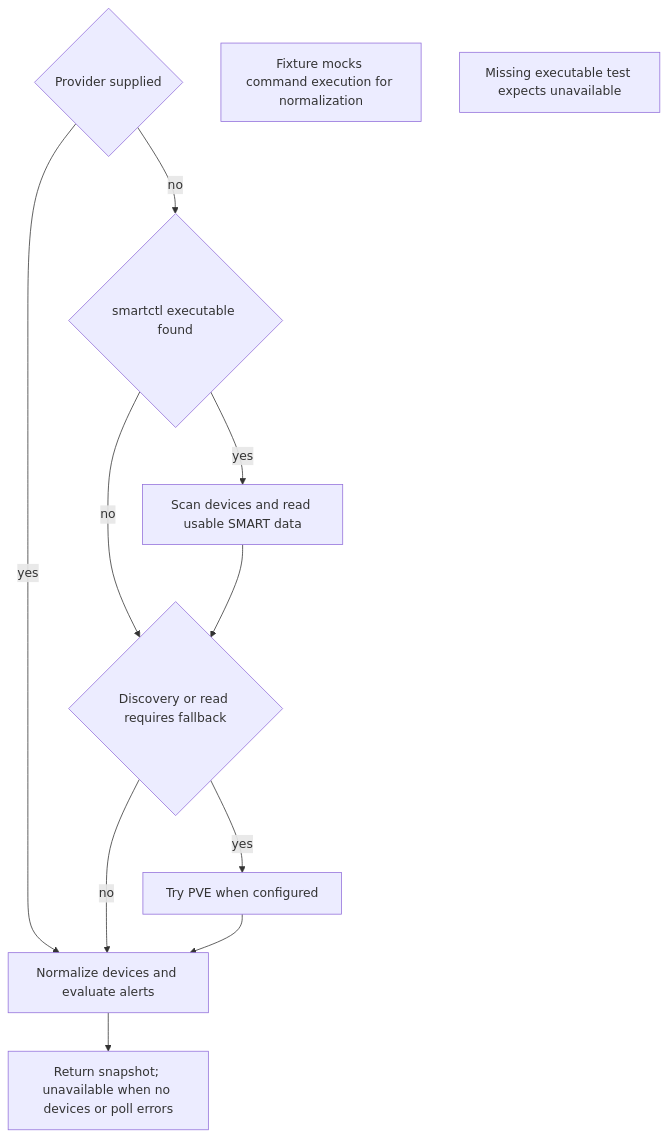
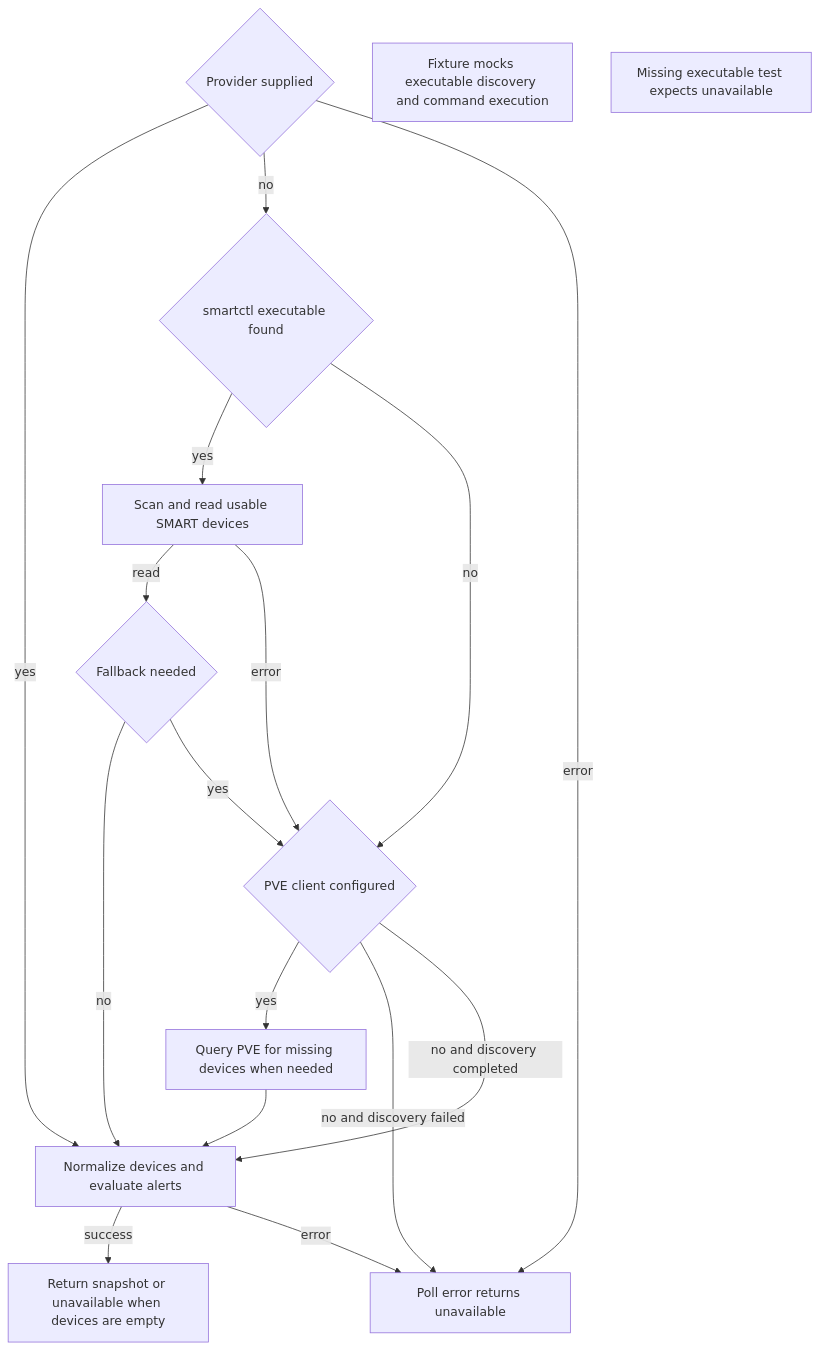
One commit to KarlSideProjects/hwmonitor-mqtt changed the diagram in docs/flows/sender.smart-discovery.mmd. Above: the diagram before and after it, drawn with Mermaid. The commit also changed 1 other file, not shown here.

Commit message:
docs: clarify SMART discovery fallback paths

```diff
--- a/docs/flows/sender.smart-discovery.mmd
+++ b/docs/flows/sender.smart-discovery.mmd
@@ -1,19 +1,27 @@
 flowchart TD
     A{"Provider supplied"}
     B{"smartctl executable found"}
-    C["Scan devices and read usable SMART data"]
-    D{"Discovery or read requires fallback"}
-    E["Try PVE when configured"]
-    F["Normalize devices and evaluate alerts"]
-    G["Return snapshot; unavailable when no devices or poll errors"]
-    H["Fixture mocks command execution for normalization"]
-    I["Missing executable test expects unavailable"]
-    A -->|yes| F
+    C["Scan and read usable SMART devices"]
+    D{"Fallback needed"}
+    E{"PVE client configured"}
+    F["Query PVE for missing devices when needed"]
+    G["Normalize devices and evaluate alerts"]
+    H["Return snapshot or unavailable when devices are empty"]
+    I["Poll error returns unavailable"]
+    J["Fixture mocks executable discovery and command execution"]
+    K["Missing executable test expects unavailable"]
+    A -->|yes| G
     A -->|no| B
+    A -->|error| I
     B -->|yes| C
-    B -->|no| D
-    C --> D
+    B -->|no| E
+    C -->|read| D
+    C -->|error| E
+    D -->|no| G
     D -->|yes| E
-    D -->|no| F
-    E --> F
+    E -->|yes| F
+    E -->|no and discovery failed| I
+    E -->|no and discovery completed| G
     F --> G
+    G -->|success| H
+    G -->|error| I
```
